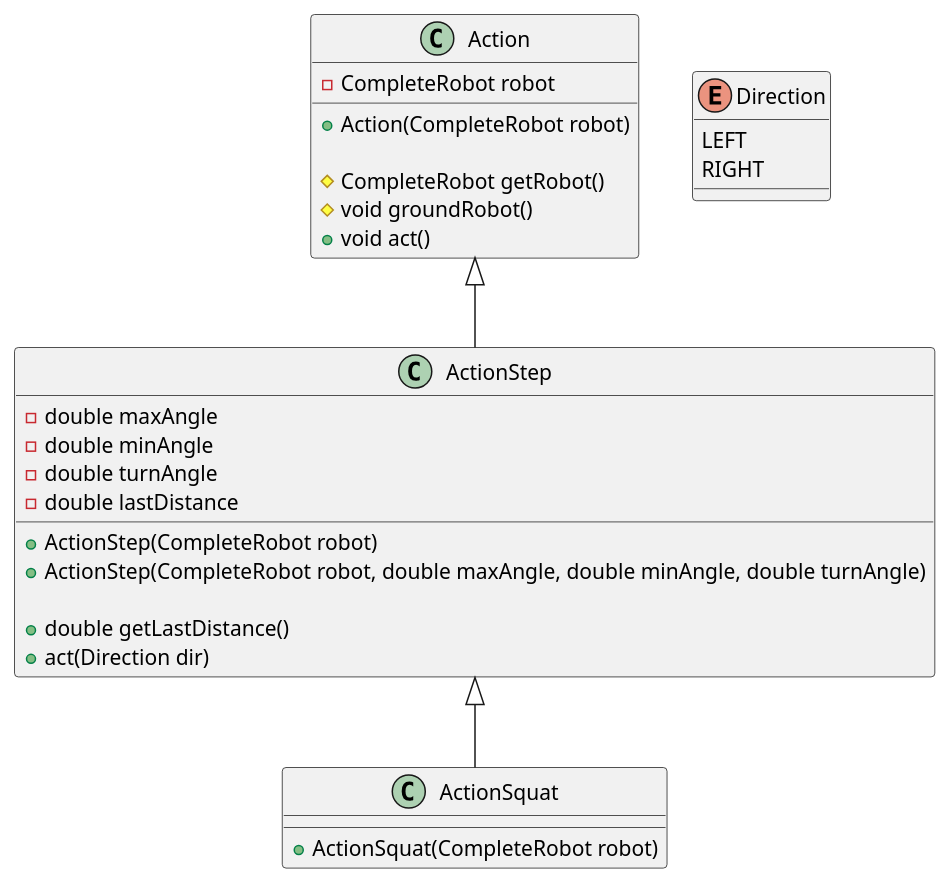
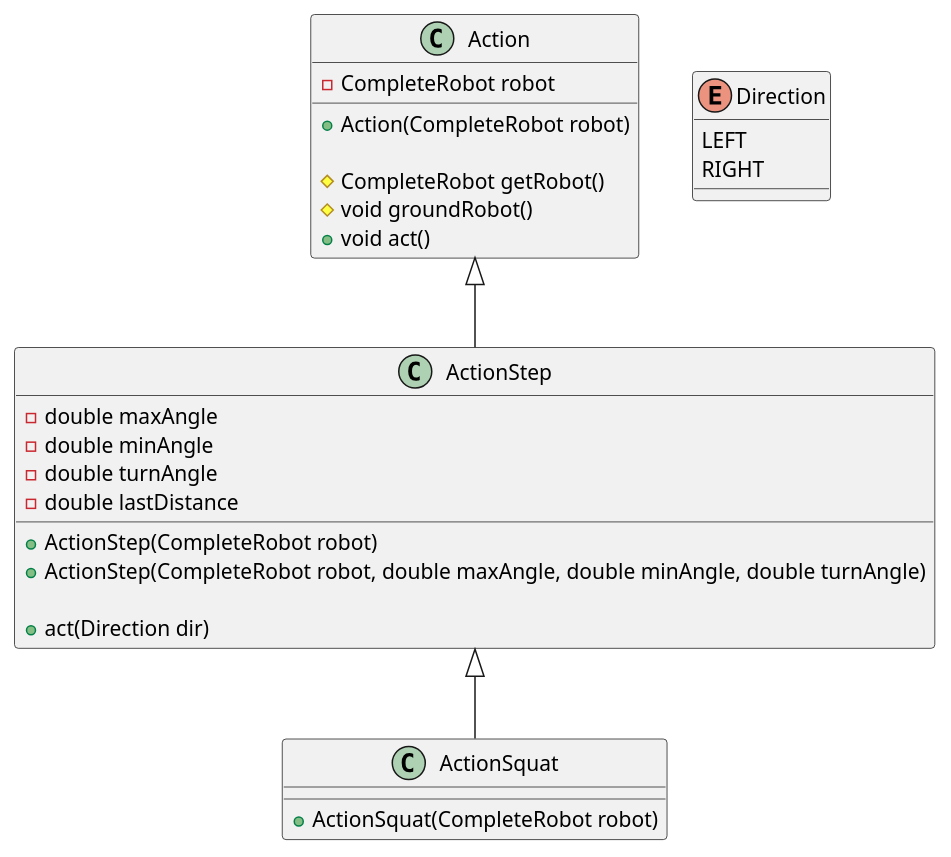
Before and after one commit to wafibismail/cadi-robot: the diagram in Classes_Hierarchy.puml, drawn with PlantUML. The commit also changed 1 other file, not shown here.

Commit message:
Amend class diagram

```diff
--- a/Classes_Hierarchy.puml
+++ b/Classes_Hierarchy.puml
@@ -1,36 +1,35 @@
 @startuml Classes_Hierarchy
 class "Action" as a {
   -CompleteRobot robot
 
   +Action(CompleteRobot robot)
 
   #CompleteRobot getRobot()
   #void groundRobot()
   +void act()
 }
 
 enum Direction {
   LEFT
   RIGHT
 }
 
 class "ActionStep" as aSt {
   -double maxAngle
   -double minAngle
   -double turnAngle
   -double lastDistance
 
   +ActionStep(CompleteRobot robot)
   +ActionStep(CompleteRobot robot, double maxAngle, double minAngle, double turnAngle)
 
-  +double getLastDistance()
   +act(Direction dir)
 }
 
 class "ActionSquat" as aSq {
   +ActionSquat(CompleteRobot robot)
 }
 
 a <|-- aSt
 aSt <|-- aSq
 @enduml
```
